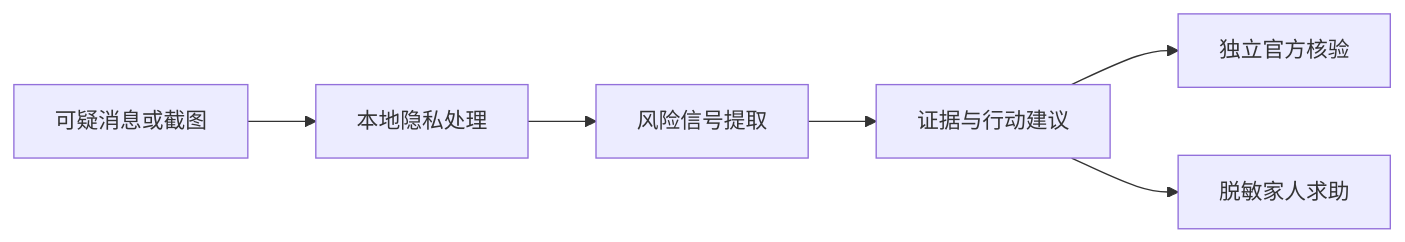
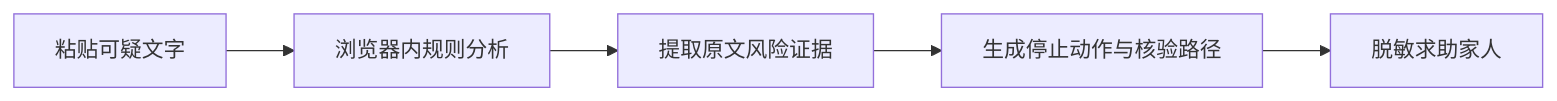
Before and after one commit to wangwangnan1124/ScamMirror: the diagram in README.md, drawn with Mermaid. The commit also changed other lines of this file and 29 other files, not shown here.

````diff
--- a/README.md
+++ b/README.md
@@ -37,8 +44,7 @@
 ```mermaid
 flowchart LR
-  A[可疑消息或截图] --> B[本地隐私处理]
-  B --> C[风险信号提取]
-  C --> D[证据与行动建议]
-  D --> E[独立官方核验]
-  D --> F[脱敏家人求助]
+  A[粘贴可疑文字] --> B[浏览器内规则分析]
+  B --> C[提取原文风险证据]
+  C --> D[生成停止动作与核验路径]
+  D --> E[脱敏求助家人]
 ```
````
